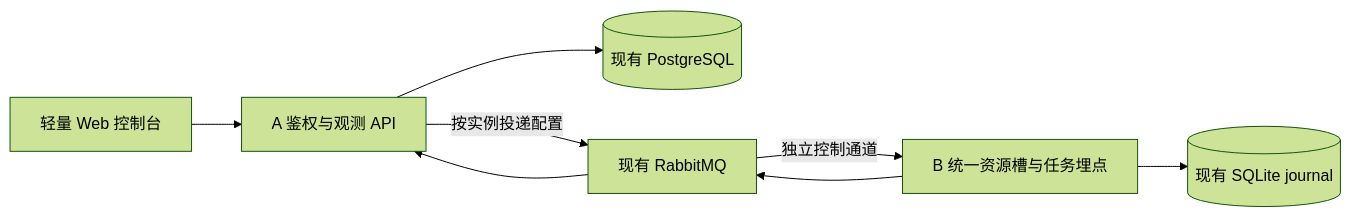
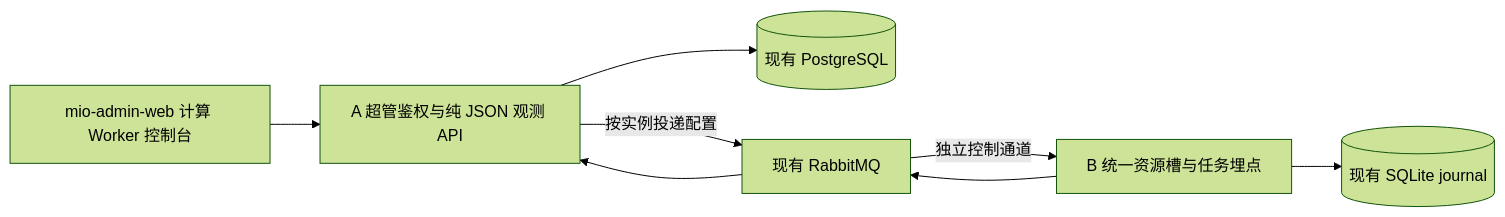
Before and after one commit to whm-cell/mio: the diagram in docs/tasks/compute-service/changes/worker-observability/change.md, drawn with Mermaid (forest theme). The commit also changed other lines of this file and 31 other files, not shown here.

Commit message:
refactor(compute): move worker observability console to admin-web and unify /api/v1/admin/compute

````diff
--- a/docs/tasks/compute-service/changes/worker-observability/change.md
+++ b/docs/tasks/compute-service/changes/worker-observability/change.md
@@ -43,10 +43,10 @@
 ```mermaid
 flowchart LR
-  Web[轻量 Web 控制台] --> A[A 鉴权与观测 API]
+  Web["mio-admin-web 计算 Worker 控制台"] --> A["A 超管鉴权与纯 JSON 观测 API"]
   A --> PG[(现有 PostgreSQL)]
   B[B 统一资源槽与任务埋点] --> MQ[现有 RabbitMQ]
   MQ --> A
   A -->|按实例投递配置| MQ
   MQ -->|独立控制通道| B
   B --> J[(现有 SQLite journal)]
 ```
````
